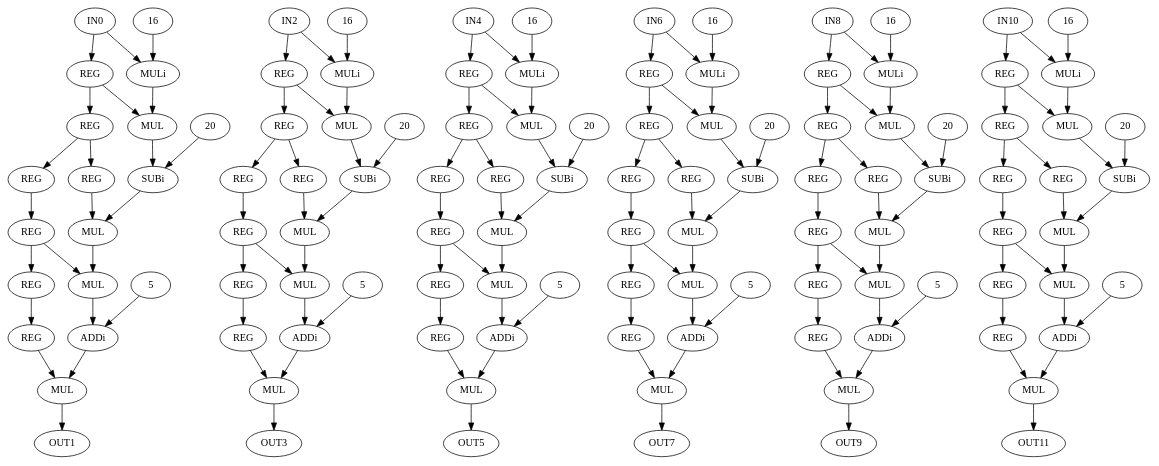
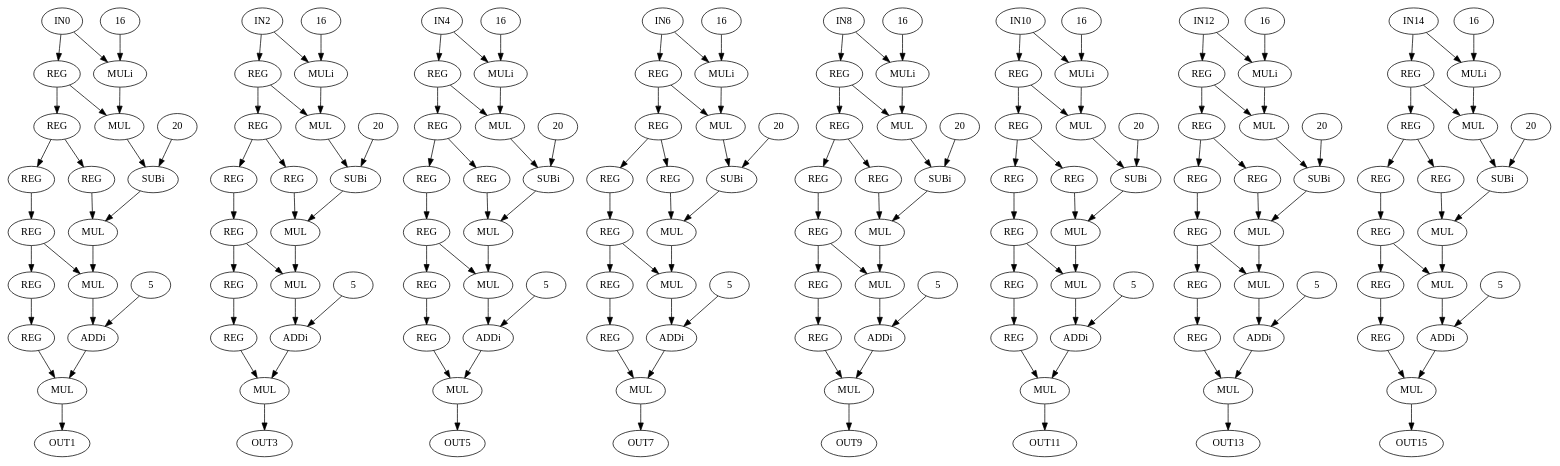
Before and after one commit to lesc-ufv/fdam: the diagram in fdam-samples/fdam-cgra-samples/cgra_128_radix8/sw/cpp/dot_dataflows/chebyshev.dot, drawn with Graphviz. The commit also changed 3 other files, not shown here.

```diff
--- a/fdam-samples/fdam-cgra-samples/cgra_128_radix8/sw/cpp/dot_dataflows/chebyshev.dot
+++ b/fdam-samples/fdam-cgra-samples/cgra_128_radix8/sw/cpp/dot_dataflows/chebyshev.dot
@@ -11,238 +11,320 @@
  9 [ label = OUT9 ]
  10 [ label = IN10 ]
  11 [ label = OUT11 ]
- 12 [ label = REG]
- 13 [ label = REG]
- 14 [ label = REG]
- 15 [ label = REG]
+ 12 [ label = IN12 ]
+ 13 [ label = OUT13 ]
+ 14 [ label = IN14 ]
+ 15 [ label = OUT15 ]
  16 [ label = REG]
  17 [ label = REG]
  18 [ label = REG]
- 19 [ label = MULi, VALUE = 16]
- "19.16"[ label = 16 ]
- 20 [ label = MUL]
- 21 [ label = SUBi, VALUE = 20]
- "21.20"[ label = 20 ]
- 22 [ label = MUL]
- 23 [ label = MUL]
- 24 [ label = ADDi, VALUE = 5]
- "24.5"[ label = 5 ]
- 25 [ label = MUL]
- 26 [ label = REG]
- 27 [ label = REG]
- 28 [ label = REG]
- 29 [ label = REG]
+ 19 [ label = REG]
+ 20 [ label = REG]
+ 21 [ label = REG]
+ 22 [ label = REG]
+ 23 [ label = MULi, VALUE = 16]
+ "23.16"[ label = 16 ]
+ 24 [ label = MUL]
+ 25 [ label = SUBi, VALUE = 20]
+ "25.20"[ label = 20 ]
+ 26 [ label = MUL]
+ 27 [ label = MUL]
+ 28 [ label = ADDi, VALUE = 5]
+ "28.5"[ label = 5 ]
+ 29 [ label = MUL]
  30 [ label = REG]
  31 [ label = REG]
  32 [ label = REG]
- 33 [ label = MULi, VALUE = 16]
- "33.16"[ label = 16 ]
- 34 [ label = MUL]
- 35 [ label = SUBi, VALUE = 20]
- "35.20"[ label = 20 ]
- 36 [ label = MUL]
- 37 [ label = MUL]
- 38 [ label = ADDi, VALUE = 5]
- "38.5"[ label = 5 ]
- 39 [ label = MUL]
- 40 [ label = REG]
- 41 [ label = REG]
- 42 [ label = REG]
- 43 [ label = REG]
+ 33 [ label = REG]
+ 34 [ label = REG]
+ 35 [ label = REG]
+ 36 [ label = REG]
+ 37 [ label = MULi, VALUE = 16]
+ "37.16"[ label = 16 ]
+ 38 [ label = MUL]
+ 39 [ label = SUBi, VALUE = 20]
+ "39.20"[ label = 20 ]
+ 40 [ label = MUL]
+ 41 [ label = MUL]
+ 42 [ label = ADDi, VALUE = 5]
+ "42.5"[ label = 5 ]
+ 43 [ label = MUL]
  44 [ label = REG]
  45 [ label = REG]
  46 [ label = REG]
- 47 [ label = MULi, VALUE = 16]
- "47.16"[ label = 16 ]
- 48 [ label = MUL]
- 49 [ label = SUBi, VALUE = 20]
- "49.20"[ label = 20 ]
- 50 [ label = MUL]
- 51 [ label = MUL]
- 52 [ label = ADDi, VALUE = 5]
- "52.5"[ label = 5 ]
- 53 [ label = MUL]
- 54 [ label = REG]
- 55 [ label = REG]
- 56 [ label = REG]
- 57 [ label = REG]
+ 47 [ label = REG]
+ 48 [ label = REG]
+ 49 [ label = REG]
+ 50 [ label = REG]
+ 51 [ label = MULi, VALUE = 16]
+ "51.16"[ label = 16 ]
+ 52 [ label = MUL]
+ 53 [ label = SUBi, VALUE = 20]
+ "53.20"[ label = 20 ]
+ 54 [ label = MUL]
+ 55 [ label = MUL]
+ 56 [ label = ADDi, VALUE = 5]
+ "56.5"[ label = 5 ]
+ 57 [ label = MUL]
  58 [ label = REG]
  59 [ label = REG]
  60 [ label = REG]
- 61 [ label = MULi, VALUE = 16]
- "61.16"[ label = 16 ]
- 62 [ label = MUL]
- 63 [ label = SUBi, VALUE = 20]
- "63.20"[ label = 20 ]
- 64 [ label = MUL]
- 65 [ label = MUL]
- 66 [ label = ADDi, VALUE = 5]
- "66.5"[ label = 5 ]
- 67 [ label = MUL]
- 68 [ label = REG]
- 69 [ label = REG]
- 70 [ label = REG]
- 71 [ label = REG]
+ 61 [ label = REG]
+ 62 [ label = REG]
+ 63 [ label = REG]
+ 64 [ label = REG]
+ 65 [ label = MULi, VALUE = 16]
+ "65.16"[ label = 16 ]
+ 66 [ label = MUL]
+ 67 [ label = SUBi, VALUE = 20]
+ "67.20"[ label = 20 ]
+ 68 [ label = MUL]
+ 69 [ label = MUL]
+ 70 [ label = ADDi, VALUE = 5]
+ "70.5"[ label = 5 ]
+ 71 [ label = MUL]
  72 [ label = REG]
  73 [ label = REG]
  74 [ label = REG]
- 75 [ label = MULi, VALUE = 16]
- "75.16"[ label = 16 ]
- 76 [ label = MUL]
- 77 [ label = SUBi, VALUE = 20]
- "77.20"[ label = 20 ]
- 78 [ label = MUL]
- 79 [ label = MUL]
- 80 [ label = ADDi, VALUE = 5]
- "80.5"[ label = 5 ]
- 81 [ label = MUL]
- 82 [ label = REG]
- 83 [ label = REG]
- 84 [ label = REG]
- 85 [ label = REG]
+ 75 [ label = REG]
+ 76 [ label = REG]
+ 77 [ label = REG]
+ 78 [ label = REG]
+ 79 [ label = MULi, VALUE = 16]
+ "79.16"[ label = 16 ]
+ 80 [ label = MUL]
+ 81 [ label = SUBi, VALUE = 20]
+ "81.20"[ label = 20 ]
+ 82 [ label = MUL]
+ 83 [ label = MUL]
+ 84 [ label = ADDi, VALUE = 5]
+ "84.5"[ label = 5 ]
+ 85 [ label = MUL]
  86 [ label = REG]
  87 [ label = REG]
  88 [ label = REG]
- 89 [ label = MULi, VALUE = 16]
- "89.16"[ label = 16 ]
- 90 [ label = MUL]
- 91 [ label = SUBi, VALUE = 20]
- "91.20"[ label = 20 ]
- 92 [ label = MUL]
- 93 [ label = MUL]
- 94 [ label = ADDi, VALUE = 5]
- "94.5"[ label = 5 ]
- 95 [ label = MUL]
- 0 -> 19
- 0 -> 12
- 2 -> 33
- 2 -> 26
- 4 -> 47
- 4 -> 40
- 6 -> 61
- 6 -> 54
- 8 -> 75
- 8 -> 68
- 10 -> 89
- 10 -> 82
- 12 -> 13
- 12 -> 20
- 13 -> 16
- 13 -> 18
- 14 -> 17
- 14 -> 23
- 15 -> 25
- 16 -> 14
- 17 -> 15
- 18 -> 22
- "19.16" -> 19
- 19 -> 20
- 20 -> 21
- "21.20" -> 21
- 21 -> 22
- 22 -> 23
+ 89 [ label = REG]
+ 90 [ label = REG]
+ 91 [ label = REG]
+ 92 [ label = REG]
+ 93 [ label = MULi, VALUE = 16]
+ "93.16"[ label = 16 ]
+ 94 [ label = MUL]
+ 95 [ label = SUBi, VALUE = 20]
+ "95.20"[ label = 20 ]
+ 96 [ label = MUL]
+ 97 [ label = MUL]
+ 98 [ label = ADDi, VALUE = 5]
+ "98.5"[ label = 5 ]
+ 99 [ label = MUL]
+ 100 [ label = REG]
+ 101 [ label = REG]
+ 102 [ label = REG]
+ 103 [ label = REG]
+ 104 [ label = REG]
+ 105 [ label = REG]
+ 106 [ label = REG]
+ 107 [ label = MULi, VALUE = 16]
+ "107.16"[ label = 16 ]
+ 108 [ label = MUL]
+ 109 [ label = SUBi, VALUE = 20]
+ "109.20"[ label = 20 ]
+ 110 [ label = MUL]
+ 111 [ label = MUL]
+ 112 [ label = ADDi, VALUE = 5]
+ "112.5"[ label = 5 ]
+ 113 [ label = MUL]
+ 114 [ label = REG]
+ 115 [ label = REG]
+ 116 [ label = REG]
+ 117 [ label = REG]
+ 118 [ label = REG]
+ 119 [ label = REG]
+ 120 [ label = REG]
+ 121 [ label = MULi, VALUE = 16]
+ "121.16"[ label = 16 ]
+ 122 [ label = MUL]
+ 123 [ label = SUBi, VALUE = 20]
+ "123.20"[ label = 20 ]
+ 124 [ label = MUL]
+ 125 [ label = MUL]
+ 126 [ label = ADDi, VALUE = 5]
+ "126.5"[ label = 5 ]
+ 127 [ label = MUL]
+ 0 -> 23
+ 0 -> 16
+ 2 -> 37
+ 2 -> 30
+ 4 -> 51
+ 4 -> 44
+ 6 -> 65
+ 6 -> 58
+ 8 -> 79
+ 8 -> 72
+ 10 -> 93
+ 10 -> 86
+ 12 -> 107
+ 12 -> 100
+ 14 -> 121
+ 14 -> 114
+ 16 -> 17
+ 16 -> 24
+ 17 -> 20
+ 17 -> 22
+ 18 -> 21
+ 18 -> 27
+ 19 -> 29
+ 20 -> 18
+ 21 -> 19
+ 22 -> 26
+ "23.16" -> 23
  23 -> 24
- "24.5" -> 24
  24 -> 25
- 25 -> 1
+ "25.20" -> 25
+ 25 -> 26
  26 -> 27
- 26 -> 34
- 27 -> 30
- 27 -> 32
- 28 -> 31
- 28 -> 37
- 29 -> 39
- 30 -> 28
- 31 -> 29
- 32 -> 36
- "33.16" -> 33
- 33 -> 34
- 34 -> 35
- "35.20" -> 35
- 35 -> 36
- 36 -> 37
+ 27 -> 28
+ "28.5" -> 28
+ 28 -> 29
+ 29 -> 1
+ 30 -> 31
+ 30 -> 38
+ 31 -> 34
+ 31 -> 36
+ 32 -> 35
+ 32 -> 41
+ 33 -> 43
+ 34 -> 32
+ 35 -> 33
+ 36 -> 40
+ "37.16" -> 37
  37 -> 38
- "38.5" -> 38
  38 -> 39
- 39 -> 3
+ "39.20" -> 39
+ 39 -> 40
  40 -> 41
- 40 -> 48
- 41 -> 44
- 41 -> 46
- 42 -> 45
- 42 -> 51
- 43 -> 53
- 44 -> 42
- 45 -> 43
- 46 -> 50
- "47.16" -> 47
- 47 -> 48
- 48 -> 49
- "49.20" -> 49
- 49 -> 50
- 50 -> 51
+ 41 -> 42
+ "42.5" -> 42
+ 42 -> 43
+ 43 -> 3
+ 44 -> 45
+ 44 -> 52
+ 45 -> 48
+ 45 -> 50
+ 46 -> 49
+ 46 -> 55
+ 47 -> 57
+ 48 -> 46
+ 49 -> 47
+ 50 -> 54
+ "51.16" -> 51
  51 -> 52
- "52.5" -> 52
  52 -> 53
- 53 -> 5
+ "53.20" -> 53
+ 53 -> 54
  54 -> 55
- 54 -> 62
- 55 -> 58
- 55 -> 60
- 56 -> 59
- 56 -> 65
- 57 -> 67
- 58 -> 56
- 59 -> 57
- 60 -> 64
- "61.16" -> 61
- 61 -> 62
- 62 -> 63
- "63.20" -> 63
- 63 -> 64
- 64 -> 65
+ 55 -> 56
+ "56.5" -> 56
+ 56 -> 57
+ 57 -> 5
+ 58 -> 59
+ 58 -> 66
+ 59 -> 62
+ 59 -> 64
+ 60 -> 63
+ 60 -> 69
+ 61 -> 71
+ 62 -> 60
+ 63 -> 61
+ 64 -> 68
+ "65.16" -> 65
  65 -> 66
- "66.5" -> 66
  66 -> 67
- 67 -> 7
+ "67.20" -> 67
+ 67 -> 68
  68 -> 69
- 68 -> 76
- 69 -> 72
- 69 -> 74
- 70 -> 73
- 70 -> 79
- 71 -> 81
- 72 -> 70
- 73 -> 71
- 74 -> 78
- "75.16" -> 75
- 75 -> 76
- 76 -> 77
- "77.20" -> 77
- 77 -> 78
- 78 -> 79
+ 69 -> 70
+ "70.5" -> 70
+ 70 -> 71
+ 71 -> 7
+ 72 -> 73
+ 72 -> 80
+ 73 -> 76
+ 73 -> 78
+ 74 -> 77
+ 74 -> 83
+ 75 -> 85
+ 76 -> 74
+ 77 -> 75
+ 78 -> 82
+ "79.16" -> 79
  79 -> 80
- "80.5" -> 80
  80 -> 81
- 81 -> 9
+ "81.20" -> 81
+ 81 -> 82
  82 -> 83
- 82 -> 90
- 83 -> 86
- 83 -> 88
- 84 -> 87
- 84 -> 93
- 85 -> 95
- 86 -> 84
- 87 -> 85
- 88 -> 92
- "89.16" -> 89
- 89 -> 90
- 90 -> 91
- "91.20" -> 91
- 91 -> 92
- 92 -> 93
+ 83 -> 84
+ "84.5" -> 84
+ 84 -> 85
+ 85 -> 9
+ 86 -> 87
+ 86 -> 94
+ 87 -> 90
+ 87 -> 92
+ 88 -> 91
+ 88 -> 97
+ 89 -> 99
+ 90 -> 88
+ 91 -> 89
+ 92 -> 96
+ "93.16" -> 93
  93 -> 94
- "94.5" -> 94
  94 -> 95
- 95 -> 11
+ "95.20" -> 95
+ 95 -> 96
+ 96 -> 97
+ 97 -> 98
+ "98.5" -> 98
+ 98 -> 99
+ 99 -> 11
+ 100 -> 101
+ 100 -> 108
+ 101 -> 104
+ 101 -> 106
+ 102 -> 105
+ 102 -> 111
+ 103 -> 113
+ 104 -> 102
+ 105 -> 103
+ 106 -> 110
+ "107.16" -> 107
+ 107 -> 108
+ 108 -> 109
+ "109.20" -> 109
+ 109 -> 110
+ 110 -> 111
+ 111 -> 112
+ "112.5" -> 112
+ 112 -> 113
+ 113 -> 13
+ 114 -> 115
+ 114 -> 122
+ 115 -> 118
+ 115 -> 120
+ 116 -> 119
+ 116 -> 125
+ 117 -> 127
+ 118 -> 116
+ 119 -> 117
+ 120 -> 124
+ "121.16" -> 121
+ 121 -> 122
+ 122 -> 123
+ "123.20" -> 123
+ 123 -> 124
+ 124 -> 125
+ 125 -> 126
+ "126.5" -> 126
+ 126 -> 127
+ 127 -> 15
 }
```
